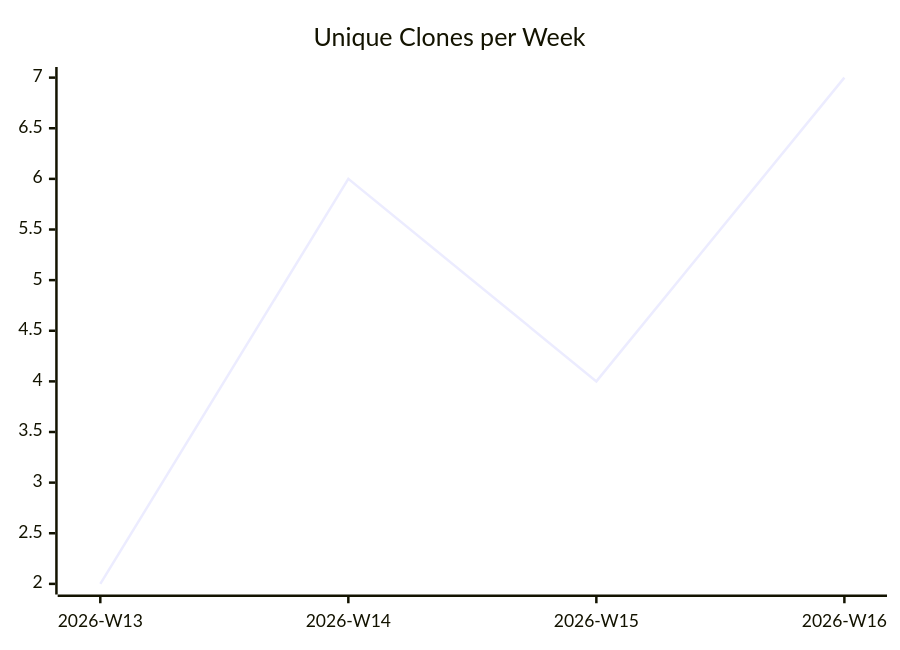
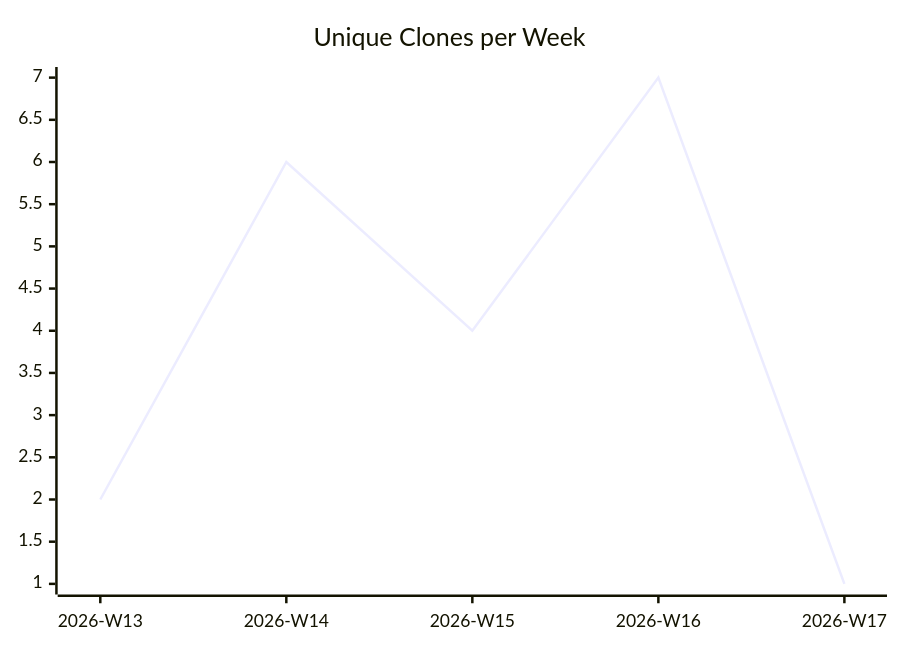
One commit to justdavis-family/github-analytics-data changed the third of 3 diagrams in karlmdavis/obsidian-operator/README.md. Above: the diagram before and after it, drawn with Mermaid. The commit also changed other lines of this file and 198 other files, not shown here.

````diff
--- a/karlmdavis/obsidian-operator/README.md
+++ b/karlmdavis/obsidian-operator/README.md
@@ -19,6 +19,6 @@
 ```mermaid
 xychart-beta
   title "Unique Clones per Week"
-  x-axis ["2026-W13", "2026-W14", "2026-W15", "2026-W16"]
-  line [2, 6, 4, 7]
+  x-axis ["2026-W13", "2026-W14", "2026-W15", "2026-W16", "2026-W17"]
+  line [2, 6, 4, 7, 1]
 ```
````
